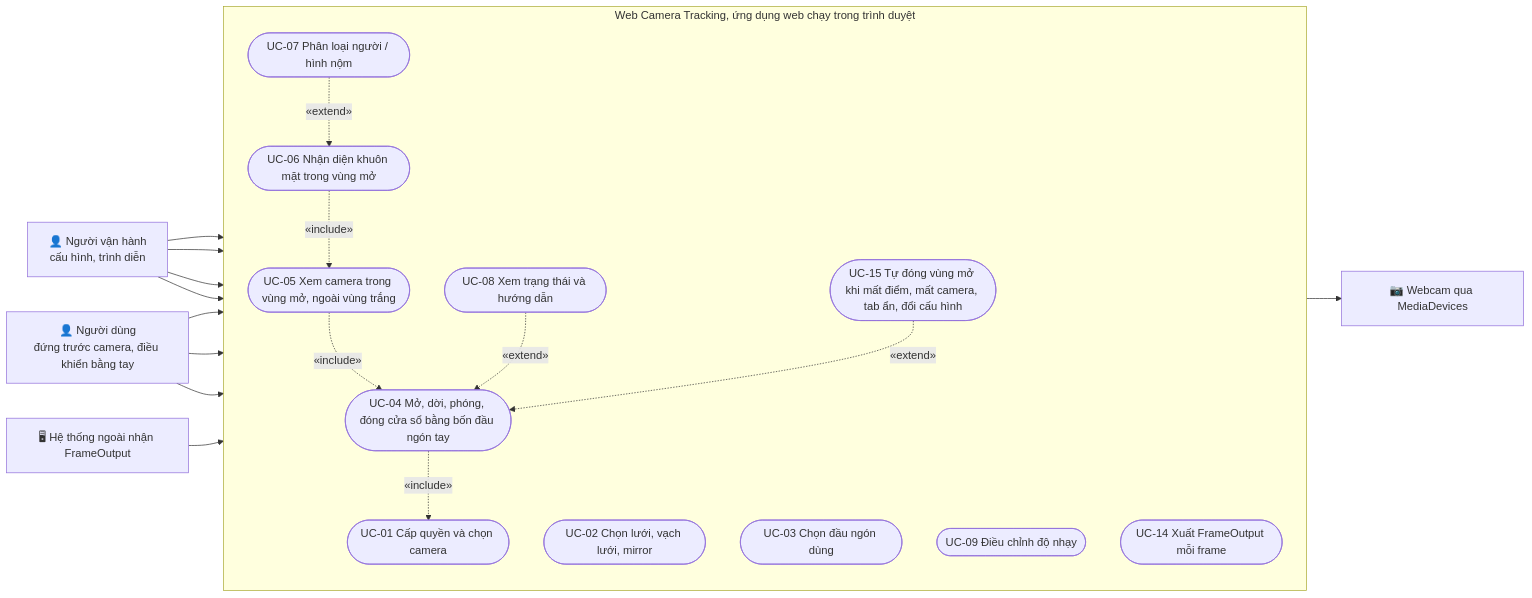
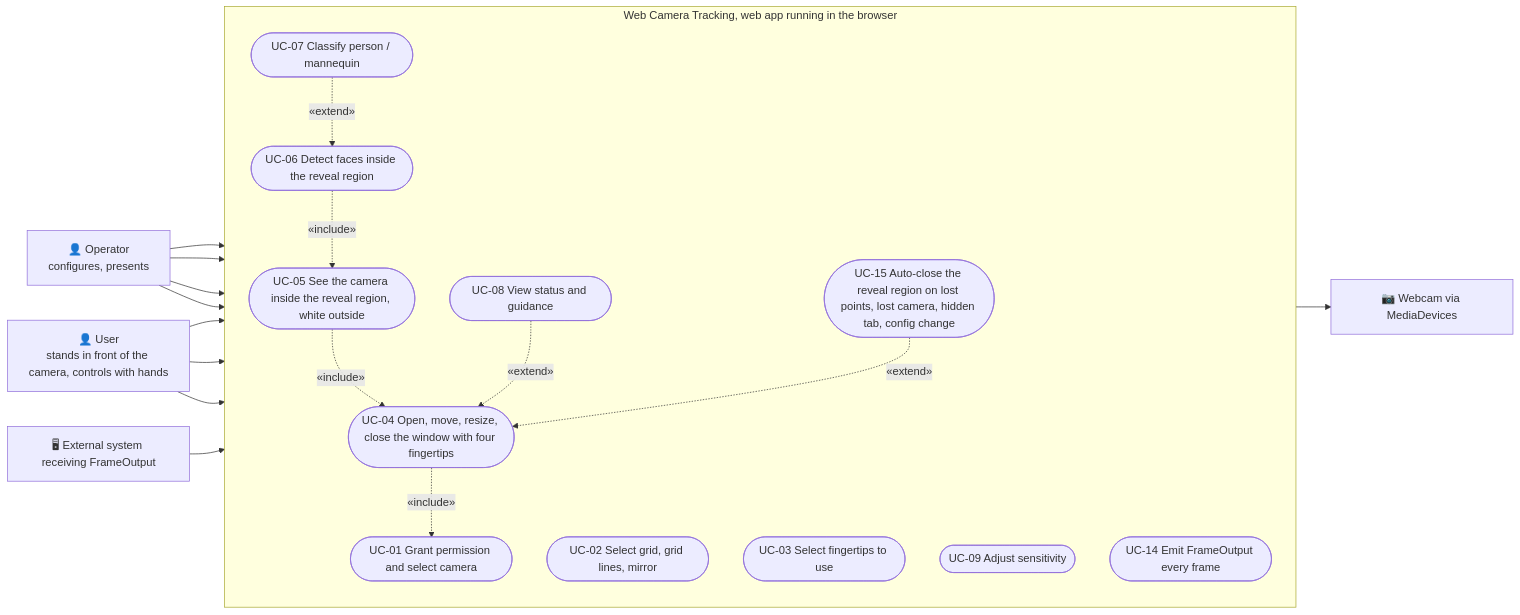
One commit to Lorah101204/Finger_And_Face_Tracking changed the second of 18 diagrams in docs/WORK-BREAKDOWN.md. Above: the diagram before and after it, drawn with Mermaid. The commit also changed other lines of this file and 35 other files, not shown here.

````diff
--- a/docs/WORK-BREAKDOWN.md
+++ b/docs/WORK-BREAKDOWN.md
@@ -337,36 +337,36 @@
 ```mermaid
 flowchart LR
-  USER["👤 Người dùng<br/>đứng trước camera, điều khiển bằng tay"]
-  OPER["👤 Người vận hành<br/>cấu hình, trình diễn"]
-  subgraph SYS["Web Camera Tracking, ứng dụng web chạy trong trình duyệt"]
+  USER["👤 User<br/>stands in front of the camera, controls with hands"]
+  OPER["👤 Operator<br/>configures, presents"]
+  subgraph SYS["Web Camera Tracking, web app running in the browser"]
     direction TB
-    UC01(["UC-01 Cấp quyền và chọn camera"])
-    UC02(["UC-02 Chọn lưới, vạch lưới, mirror"])
-    UC03(["UC-03 Chọn đầu ngón dùng"])
-    UC09(["UC-09 Điều chỉnh độ nhạy"])
-    UC04(["UC-04 Mở, dời, phóng, đóng cửa sổ bằng bốn đầu ngón tay"])
-    UC05(["UC-05 Xem camera trong vùng mở, ngoài vùng trắng"])
-    UC06(["UC-06 Nhận diện khuôn mặt trong vùng mở"])
-    UC07(["UC-07 Phân loại người / hình nộm"])
-    UC08(["UC-08 Xem trạng thái và hướng dẫn"])
-    UC14(["UC-14 Xuất FrameOutput mỗi frame"])
-    UC15(["UC-15 Tự đóng vùng mở khi mất điểm, mất camera, tab ẩn, đổi cấu hình"])
+    UC01(["UC-01 Grant permission and select camera"])
+    UC02(["UC-02 Select grid, grid lines, mirror"])
+    UC03(["UC-03 Select fingertips to use"])
+    UC09(["UC-09 Adjust sensitivity"])
+    UC04(["UC-04 Open, move, resize, close the window with four fingertips"])
+    UC05(["UC-05 See the camera inside the reveal region, white outside"])
+    UC06(["UC-06 Detect faces inside the reveal region"])
+    UC07(["UC-07 Classify person / mannequin"])
+    UC08(["UC-08 View status and guidance"])
+    UC14(["UC-14 Emit FrameOutput every frame"])
+    UC15(["UC-15 Auto-close the reveal region on lost points, lost camera, hidden tab, config change"])
   end
-  WEBCAM["📷 Webcam qua MediaDevices"]
-  EXT["🖥 Hệ thống ngoài nhận FrameOutput"]
+  WEBCAM["📷 Webcam via MediaDevices"]
+  EXT["🖥 External system receiving FrameOutput"]
   OPER --> UC01
   OPER --> UC02
   OPER --> UC03
   OPER --> UC09
   USER --> UC04
   USER --> UC05
   USER --> UC08
   EXT --> UC14
   UC01 --> WEBCAM
   UC04 -. «include» .-> UC01
   UC05 -. «include» .-> UC04
   UC06 -. «include» .-> UC05
   UC07 -. «extend» .-> UC06
   UC08 -. «extend» .-> UC04
   UC15 -. «extend» .-> UC04
 ```
````
